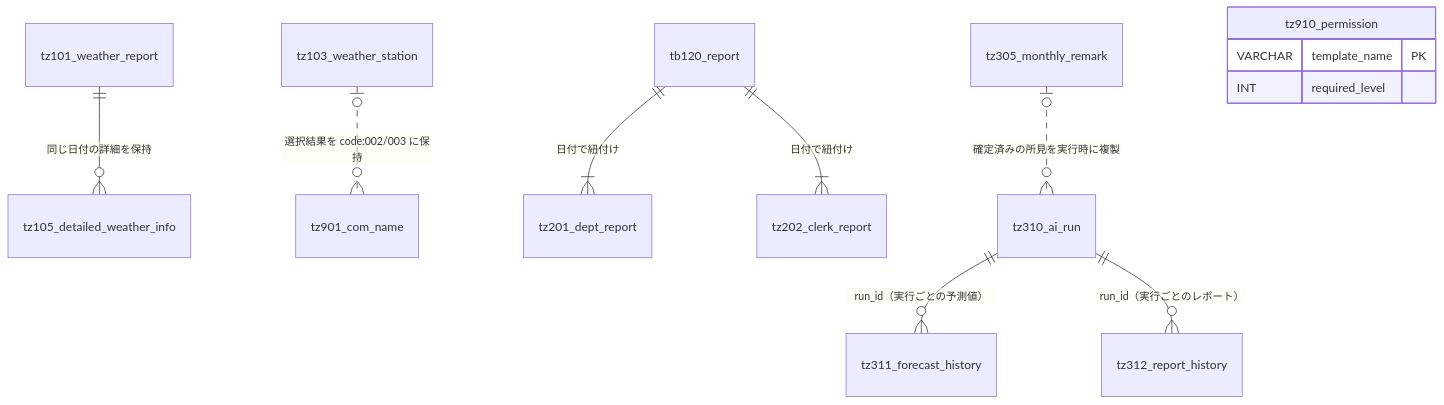
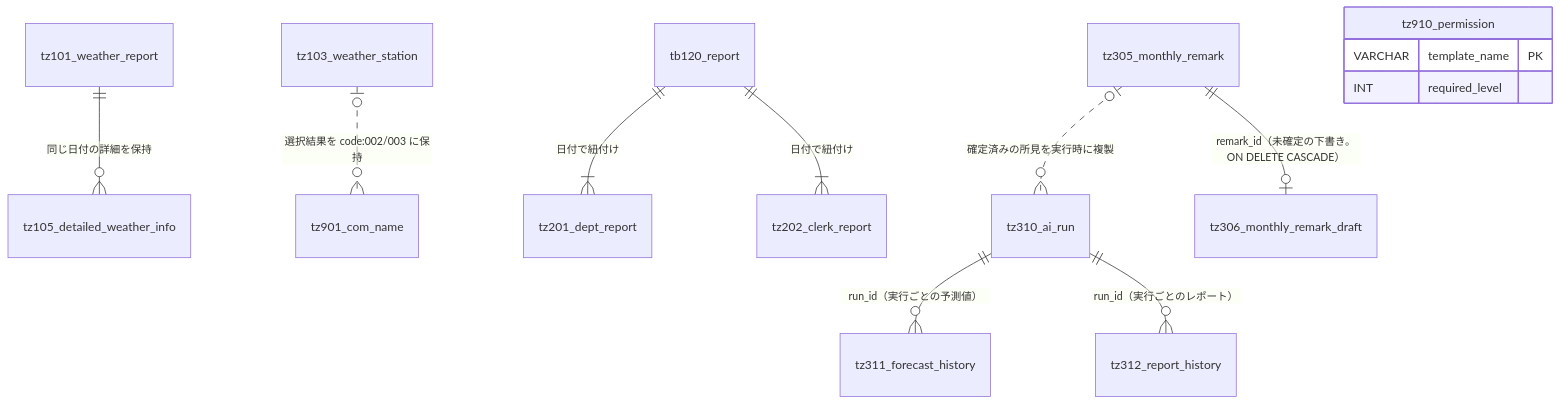
The diagram in docs/db_schema_tz.md (air-terminal/gfdash), drawn with Mermaid before and after one commit. The commit also changed other lines of this file and 19 other files, not shown here.

````diff
--- a/docs/db_schema_tz.md
+++ b/docs/db_schema_tz.md
@@ -30,17 +31,18 @@
 ```mermaid
 erDiagram
     tz101_weather_report ||--o{ tz105_detailed_weather_info : "同じ日付の詳細を保持"
     tz103_weather_station |o..o{ tz901_com_name : "選択結果を code:002/003 に保持"
     
     tb120_report ||--|{ tz201_dept_report : "日付で紐付け"
     tb120_report ||--|{ tz202_clerk_report : "日付で紐付け"
 
     tz310_ai_run ||--o{ tz311_forecast_history : "run_id（実行ごとの予測値）"
     tz310_ai_run ||--o{ tz312_report_history : "run_id（実行ごとのレポート）"
     tz305_monthly_remark |o..o{ tz310_ai_run : "確定済みの所見を実行時に複製"
+    tz305_monthly_remark ||--o| tz306_monthly_remark_draft : "remark_id（未確定の下書き。ON DELETE CASCADE）"
 
     tz910_permission {
         VARCHAR template_name PK
         INT required_level
     }
 ```
````
